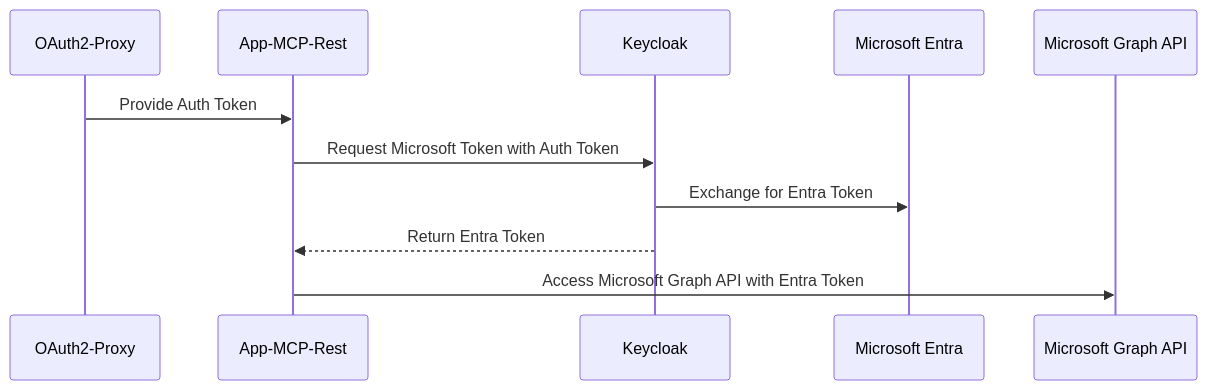
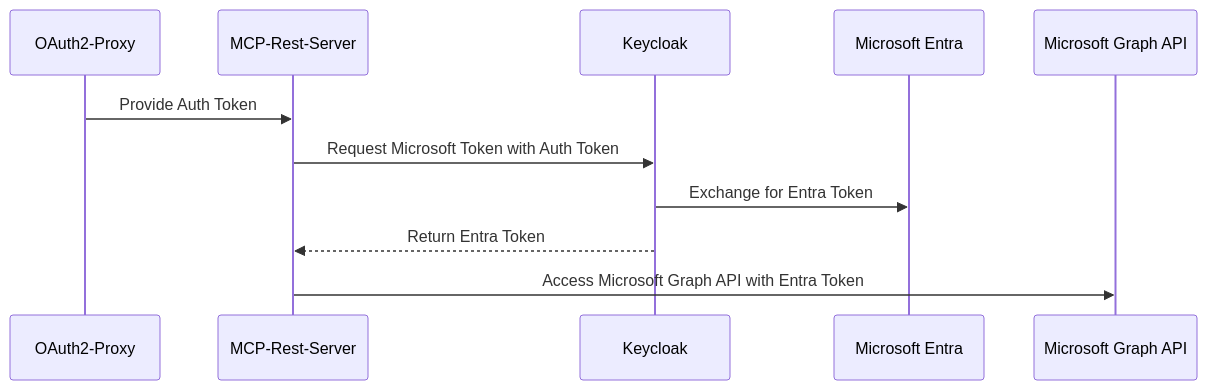
Before and after one commit to inxm-ai/enterprise-mcp-bridge: the second of 2 diagrams in example/token-exchange-m365/README.md, drawn with Mermaid.

````diff
--- a/example/token-exchange-m365/README.md
+++ b/example/token-exchange-m365/README.md
@@ -27,14 +27,14 @@
 ```mermaid 
 sequenceDiagram
     participant OAuth2Proxy as OAuth2-Proxy
-    participant AppMCPRest as App-MCP-Rest
+    participant AppMCPRest as MCP-Rest-Server
     participant Keycloak as Keycloak
     participant Entra as Microsoft Entra
     participant GraphAPI as Microsoft Graph API
 
     OAuth2Proxy ->> AppMCPRest: Provide Auth Token
     AppMCPRest ->> Keycloak: Request Microsoft Token with Auth Token
     Keycloak ->> Entra: Exchange for Entra Token
     Keycloak -->> AppMCPRest: Return Entra Token
     AppMCPRest ->> GraphAPI: Access Microsoft Graph API with Entra Token
 ```
````
